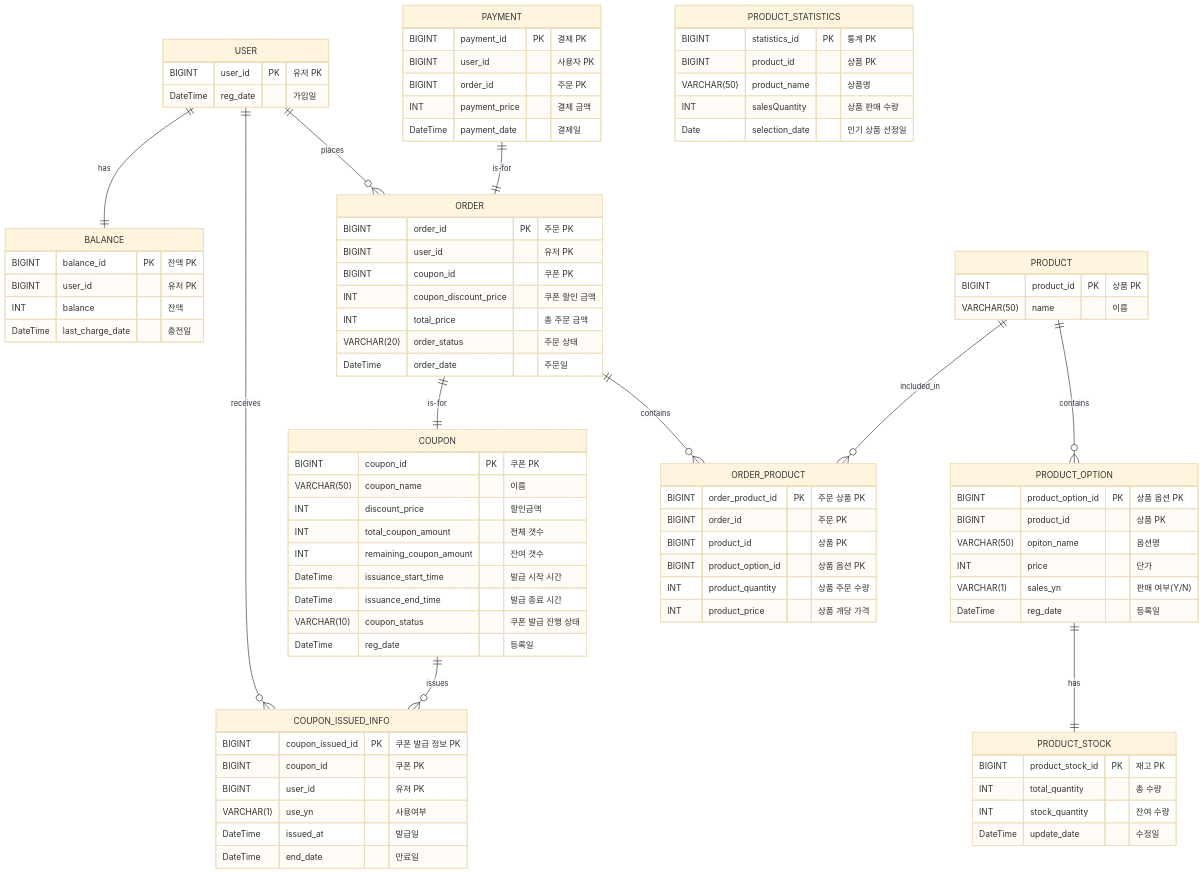
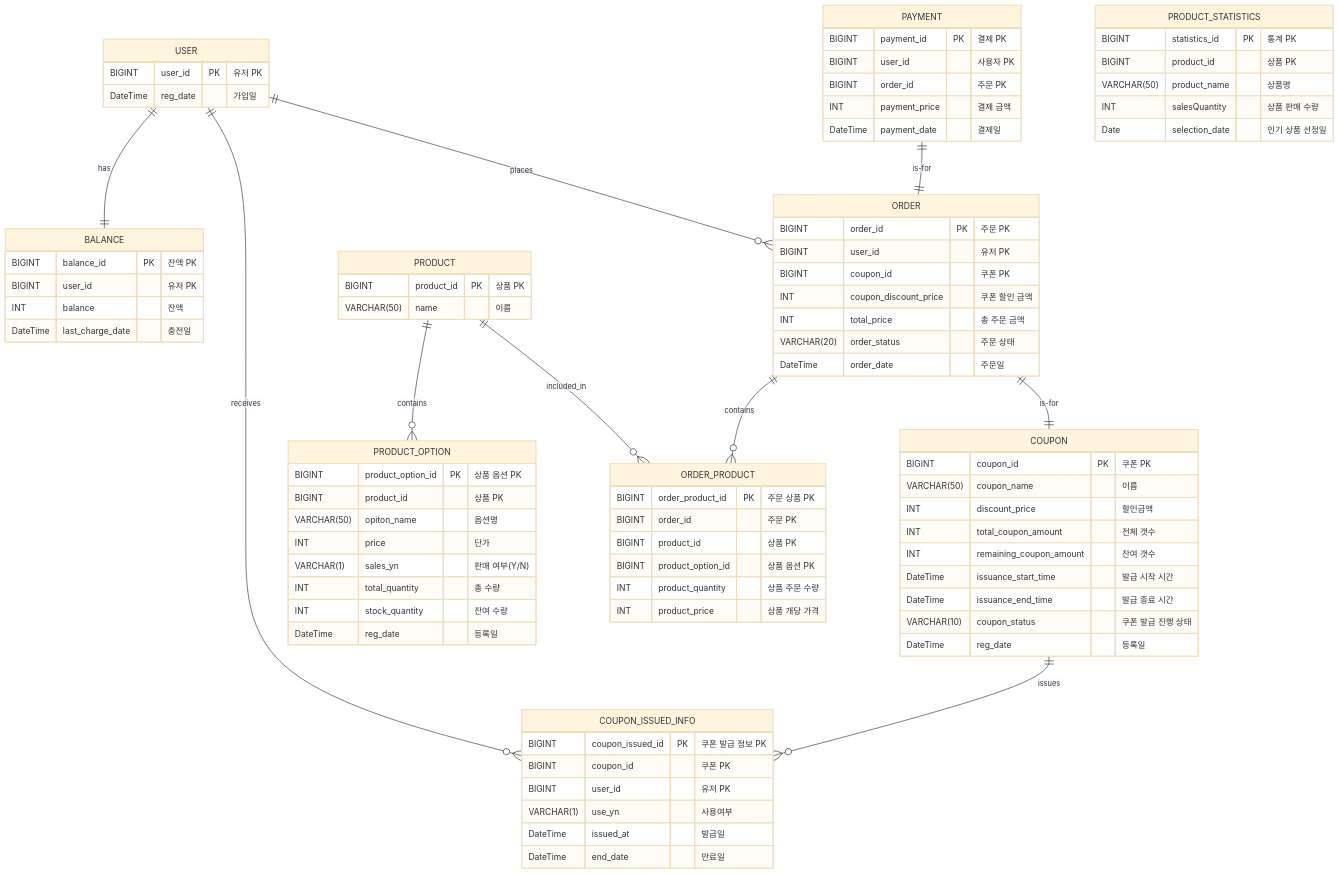
Before and after one commit to qkr107781/hhplus_e-commerce_server: the diagram in docs/2.ERD.md, drawn with Mermaid (base theme).

Commit message:
[docs] ERD 재수정(product_stock 제거)

```diff
--- a/docs/2.ERD.md
+++ b/docs/2.ERD.md
@@ -52,14 +52,9 @@
         VARCHAR(50) opiton_name "옵션명"
         INT price "단가"
         VARCHAR(1) sales_yn "판매 여부(Y/N)"
-        DateTime reg_date "등록일"
-    }
-    
-    PRODUCT_STOCK {
-		    BIGINT product_stock_id PK "재고 PK"
 	      INT total_quantity "총 수량"
         INT stock_quantity "잔여 수량"
-        DateTime update_date "수정일"
+        DateTime reg_date "등록일"
     }
 
     PAYMENT {
@@ -99,11 +94,10 @@
     USER ||--|| BALANCE: has
     USER ||--o{ ORDER : places
     USER || --o{ COUPON_ISSUED_INFO : receives
+    PRODUCT ||--o{ ORDER_PRODUCT : included_in
     ORDER ||--o{ ORDER_PRODUCT : contains
-    PRODUCT ||--o{ ORDER_PRODUCT : included_in
     ORDER ||--|| COUPON : is-for
     PRODUCT ||--o{ PRODUCT_OPTION: contains
-    PRODUCT_OPTION ||--|| PRODUCT_STOCK: has
     COUPON ||--o{ COUPON_ISSUED_INFO : issues
     PAYMENT ||--|| ORDER : is-for
 
```
